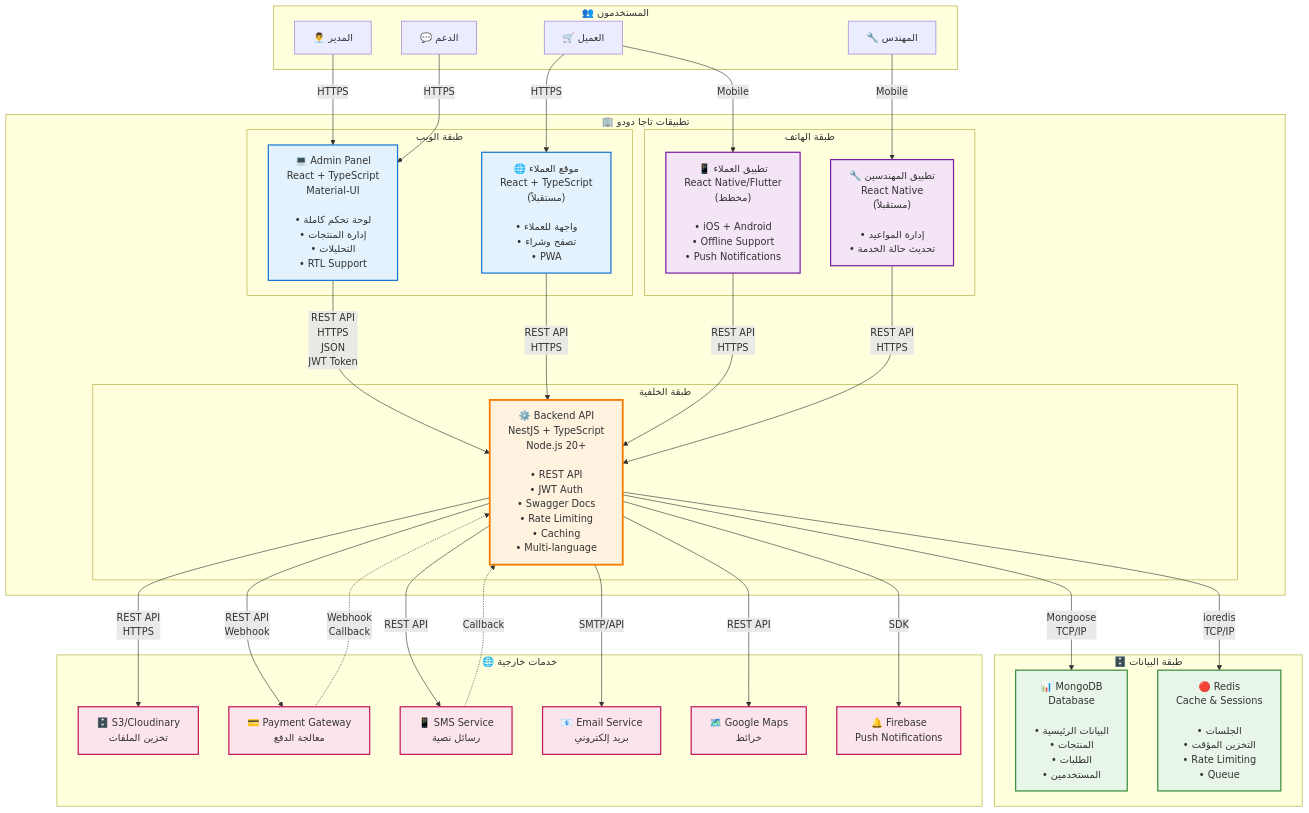
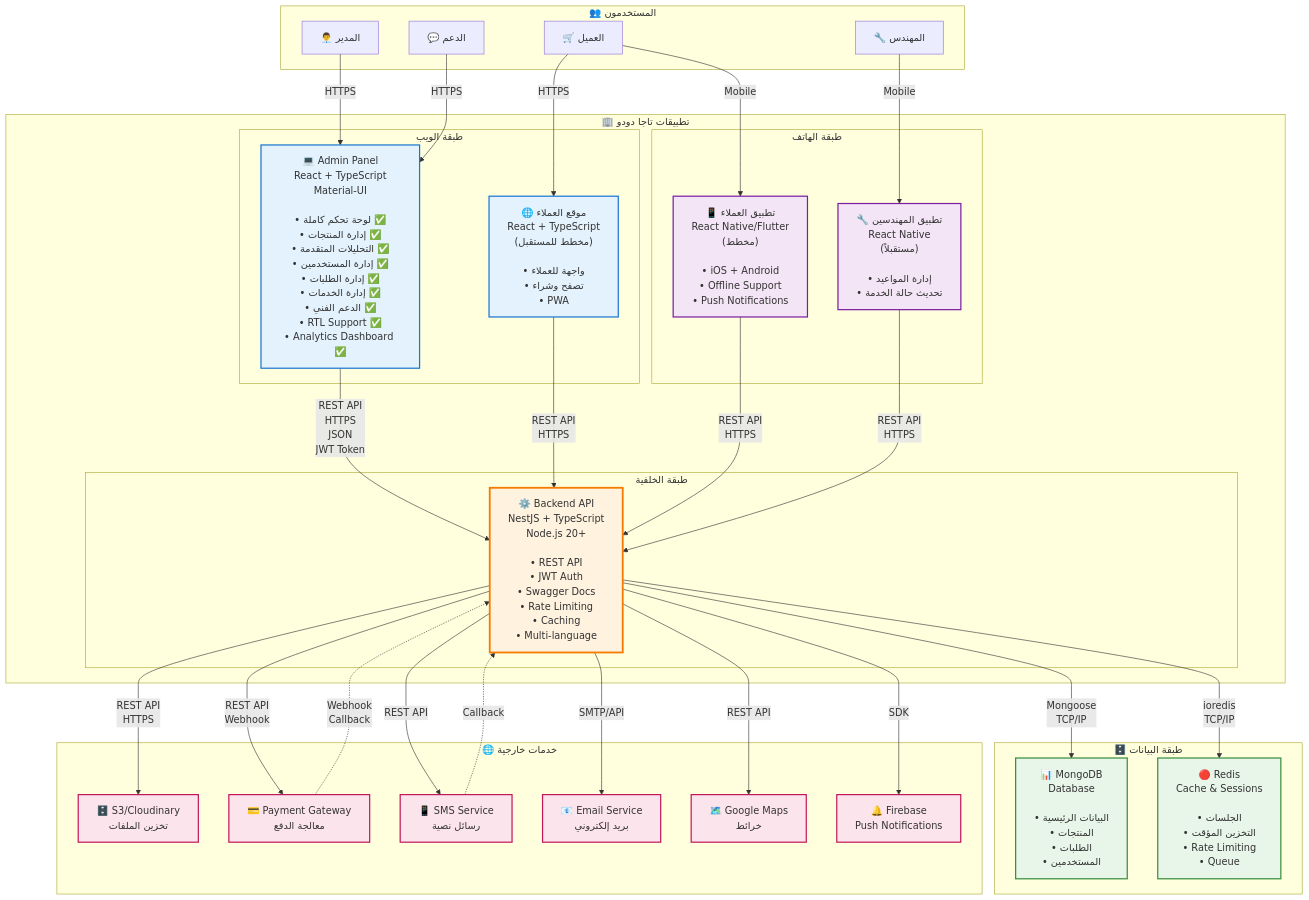
One commit to mpro775/tagdod-project changed the first of 6 diagrams in docs/architecture/c4-model/02-container-diagram.md. Above: the diagram before and after it, drawn with Mermaid. The commit also changed other lines of this file and 254 other files, not shown here.

```diff
--- a/docs/architecture/c4-model/02-container-diagram.md
+++ b/docs/architecture/c4-model/02-container-diagram.md
@@ -21,9 +21,9 @@
     subgraph Application["🏢 تطبيقات تاجا دودو"]
         
         subgraph WebLayer["طبقة الويب"]
-            AdminPanel["💻 Admin Panel<br/>React + TypeScript<br/>Material-UI<br/><br/>• لوحة تحكم كاملة<br/>• إدارة المنتجات<br/>• التحليلات<br/>• RTL Support"]
+            AdminPanel["💻 Admin Panel<br/>React + TypeScript<br/>Material-UI<br/><br/>• لوحة تحكم كاملة ✅<br/>• إدارة المنتجات ✅<br/>• التحليلات المتقدمة ✅<br/>• إدارة المستخدمين ✅<br/>• إدارة الطلبات ✅<br/>• إدارة الخدمات ✅<br/>• الدعم الفني ✅<br/>• RTL Support ✅<br/>• Analytics Dashboard ✅"]
             
-            CustomerWeb["🌐 موقع العملاء<br/>React + TypeScript<br/>(مستقبلاً)<br/><br/>• واجهة للعملاء<br/>• تصفح وشراء<br/>• PWA"]
+            CustomerWeb["🌐 موقع العملاء<br/>React + TypeScript<br/>(مخطط للمستقبل)<br/><br/>• واجهة للعملاء<br/>• تصفح وشراء<br/>• PWA"]
         end
         
         subgraph MobileLayer["طبقة الهاتف"]
```
